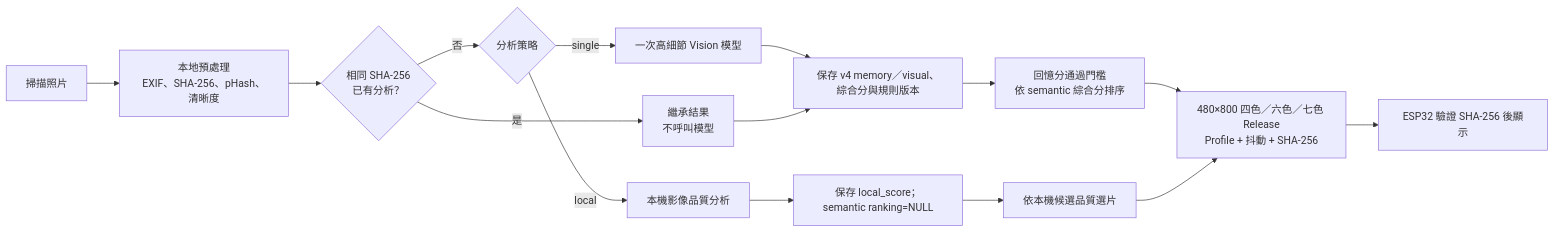
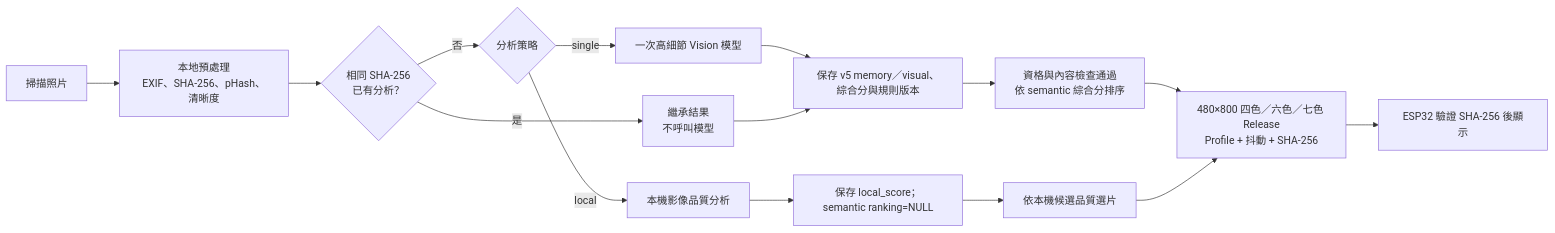
Before and after one commit to steven87090799/InkTime: the second of 3 diagrams in docs/architecture/ARCHITECTURE_ZH_TW.md, drawn with Mermaid. The commit also changed other lines of this file and 26 other files, not shown here.

````diff
--- a/docs/architecture/ARCHITECTURE_ZH_TW.md
+++ b/docs/architecture/ARCHITECTURE_ZH_TW.md
@@ -73,15 +84,15 @@
 ```mermaid
 flowchart LR
     SCAN["掃描照片"] --> LOCAL["本地預處理<br/>EXIF、SHA-256、pHash、清晰度"]
     LOCAL --> DUP{"相同 SHA-256<br/>已有分析？"}
     DUP -->|"是"| INHERIT["繼承結果<br/>不呼叫模型"]
     DUP -->|"否"| STRATEGY{"分析策略"}
     STRATEGY -->|"local"| LOCAL_SCORE["本機影像品質分析"]
     STRATEGY -->|"single"| VISION["一次高細節 Vision 模型"]
-    VISION --> SAVE["保存 v4 memory／visual、綜合分與規則版本"]
+    VISION --> SAVE["保存 v5 memory／visual、綜合分與規則版本"]
     LOCAL_SCORE --> LOCAL_SAVE["保存 local_score；semantic ranking=NULL"]
     INHERIT --> SAVE
-    SAVE --> PICK["回憶分通過門檻<br/>依 semantic 綜合分排序"] --> RELEASE["480×800 四色／六色／七色 Release<br/>Profile + 抖動 + SHA-256"]
+    SAVE --> PICK["資格與內容檢查通過<br/>依 semantic 綜合分排序"] --> RELEASE["480×800 四色／六色／七色 Release<br/>Profile + 抖動 + SHA-256"]
     LOCAL_SAVE --> LOCAL_PICK["依本機候選品質選片"] --> RELEASE
     RELEASE --> DEVICE["ESP32 驗證 SHA-256 後顯示"]
 ```
````
